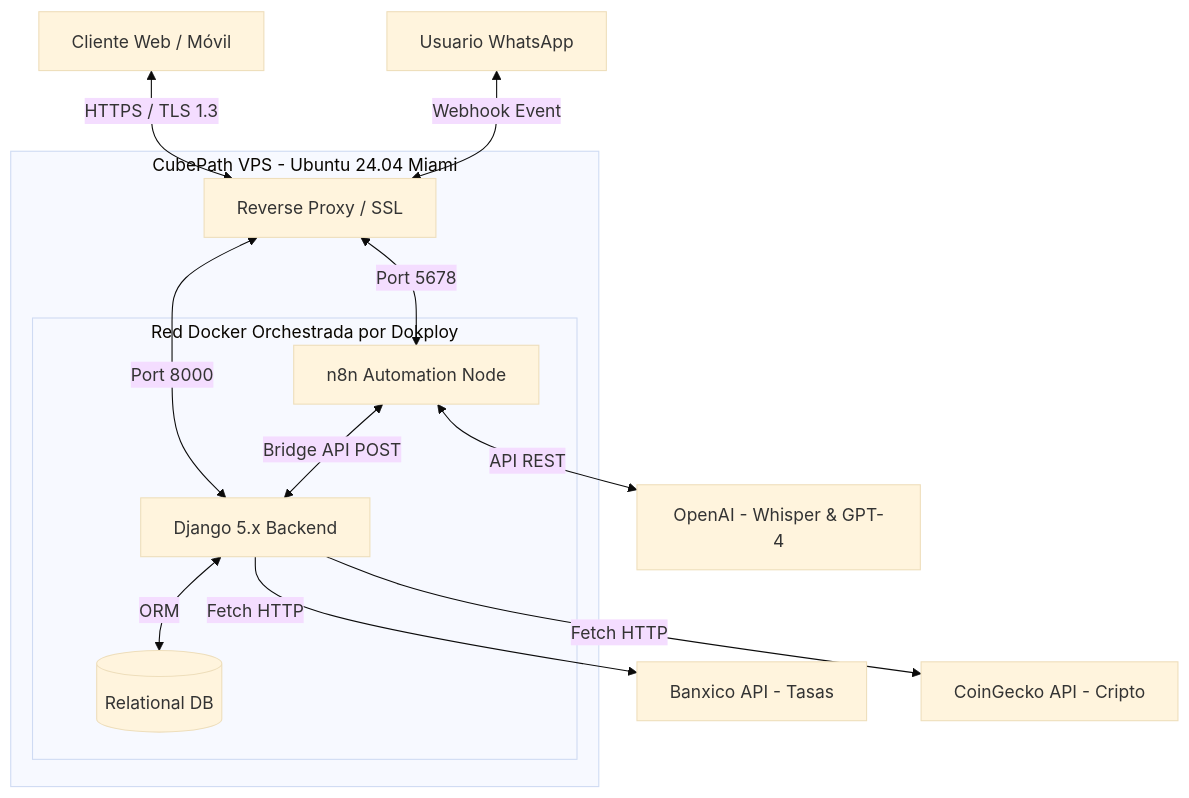
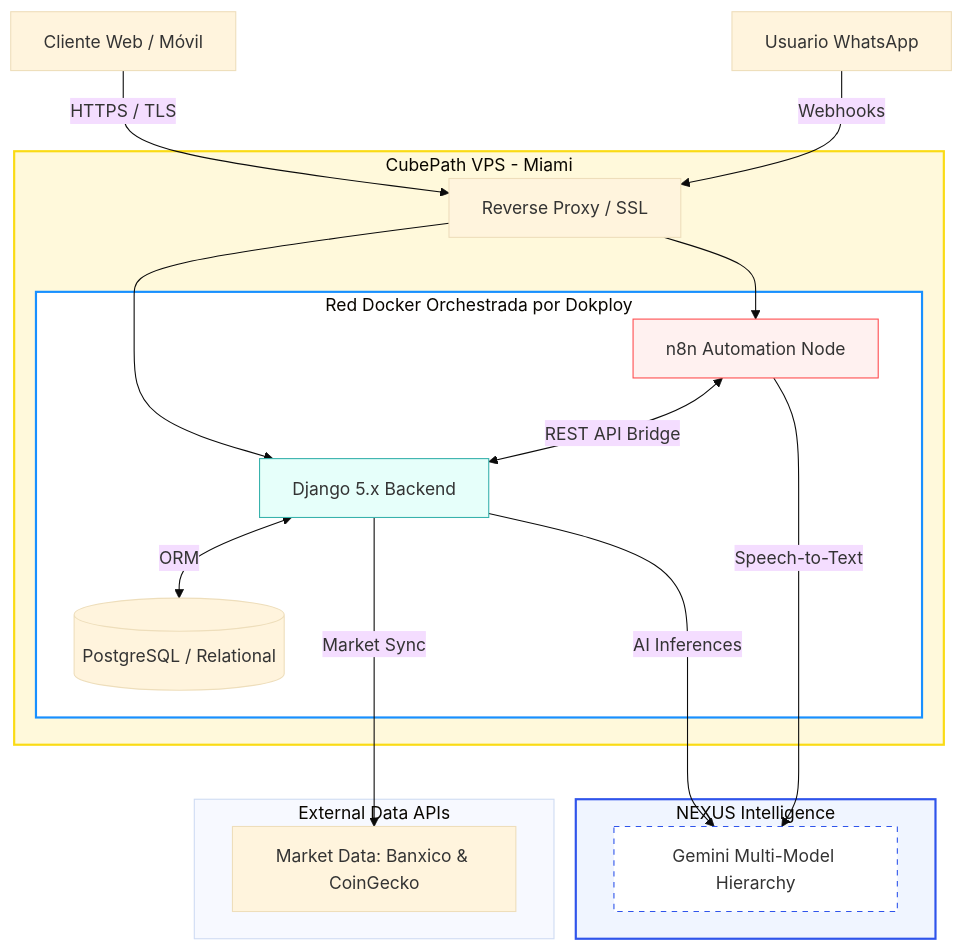
The diagram in README.md (AlanBIOR/bior-invest-ai), drawn with Mermaid (base theme) before and after one commit. The commit also changed other lines of this file and 9 other files, not shown here.

First line of the commit message:
feat(ui) & docs: optimización final para CubePath Hackathon

````diff
--- a/README.md
+++ b/README.md
@@ -53,34 +73,53 @@
 ```mermaid
 graph TD
-    %% Entidades Externas
+    %% 1. ENTRADA (TOP)
     Client[Cliente Web / Móvil]
     WA[Usuario WhatsApp]
-    
-    %% Infraestructura CubePath
-    subgraph CubePath_Cloud_VPS [CubePath VPS - Ubuntu 24.04 Miami]
+
+    %% 2. INFRAESTRUCTURA (MIDDLE)
+    subgraph CubePath_Cloud_VPS [CubePath VPS - Miami]
         Proxy[Reverse Proxy / SSL]
         
-        subgraph Docker_Dokploy_Engine [Red Docker Orchestrada por Dokploy]
+        subgraph Docker_Engine [Red Docker Orchestrada por Dokploy]
             Django[Django 5.x Backend]
-            DB[(Relational DB)]
             N8N[n8n Automation Node]
+            DB[(PostgreSQL / Relational)]
         end
     end
+
+    %% 3. SERVICIOS EXTERNOS (BOTTOM)
+    subgraph AI_Core [NEXUS Intelligence]
+        Gemini_Cluster[Gemini Multi-Model Hierarchy]
+    end
+
+    subgraph External_Services [External Data APIs]
+        Fin_APIs[Market Data: Banxico & CoinGecko]
+    end
+
+    %% --- FLUJOS ---
     
-    %% APIs y Servicios Cloud
-    Banxico[Banxico API - Tasas]
-    CoinGecko[CoinGecko API - Cripto]
-    OpenAI[OpenAI - Whisper & GPT-4]
-    
-    %% Flujos de Datos
-    Client <-->|HTTPS / TLS 1.3| Proxy
-    Proxy <-->|Port 8000| Django
+    %% Tráfico de entrada
+    Client -->|HTTPS / TLS| Proxy
+    WA -->|Webhooks| Proxy
+
+    %% Distribución Interna
+    Proxy --> Django
+    Proxy --> N8N
+
+    %% Comunicación Inter-App
+    N8N <-->|REST API Bridge| Django
     Django <-->|ORM| DB
-    Django -->|Fetch HTTP| Banxico
-    Django -->|Fetch HTTP| CoinGecko
-    
-    WA <-->|Webhook Event| Proxy
-    Proxy <-->|Port 5678| N8N
-    N8N <-->|Bridge API POST| Django
-    N8N <-->|API REST| OpenAI
+
+    %% Salida a servicios (Vertical)
+    Django --->|AI Inferences| Gemini_Cluster
+    Django --->|Market Sync| Fin_APIs
+    N8N --->|Speech-to-Text| Gemini_Cluster
+
+    %% Estilos de Nodos
+    style CubePath_Cloud_VPS fill:#fff9db,stroke:#fadb14,stroke-width:2px
+    style Docker_Engine fill:#fff,stroke:#1890ff,stroke-width:2px
+    style AI_Core fill:#f0f5ff,stroke:#2f54eb,stroke-width:2px
+    style Django fill:#e6fffa,stroke:#38b2ac
+    style N8N fill:#fff1f0,stroke:#ff4d4f
+    style Gemini_Cluster fill:#fff,stroke:#2f54eb,stroke-dasharray: 5 5
 ```
````
